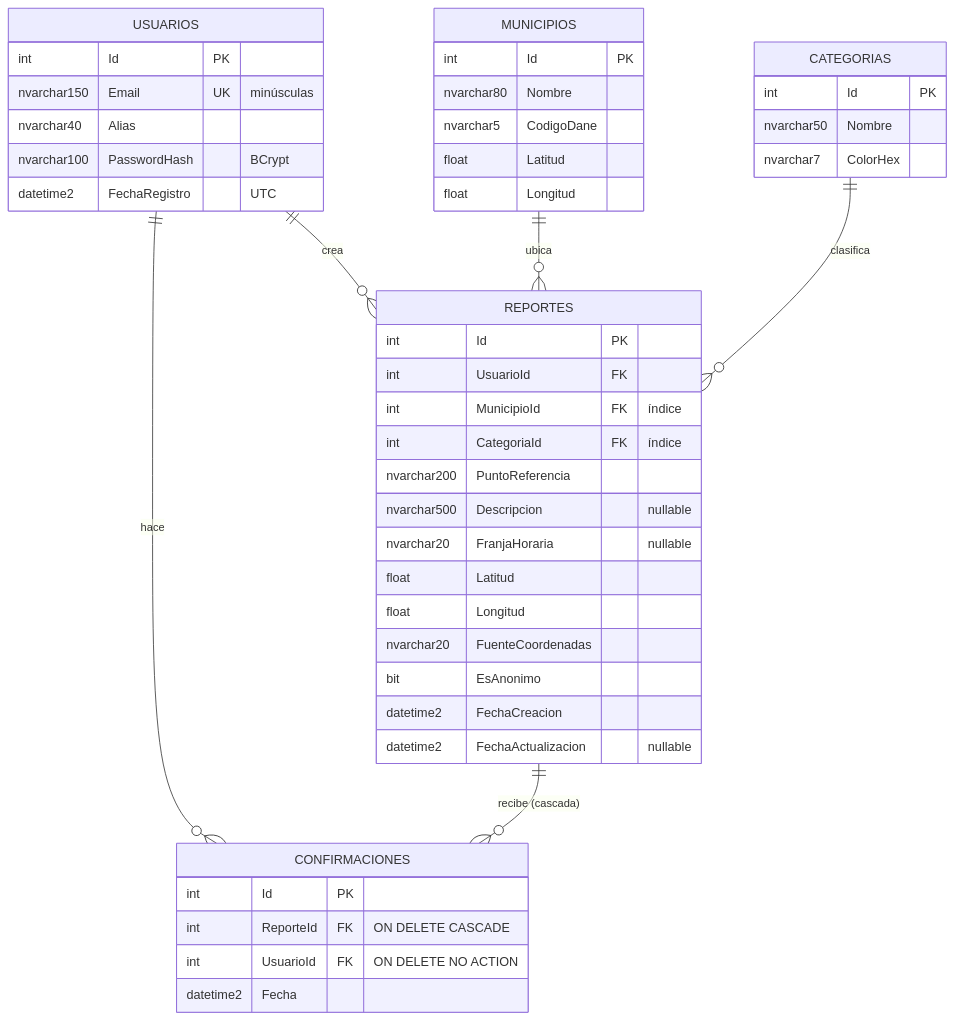
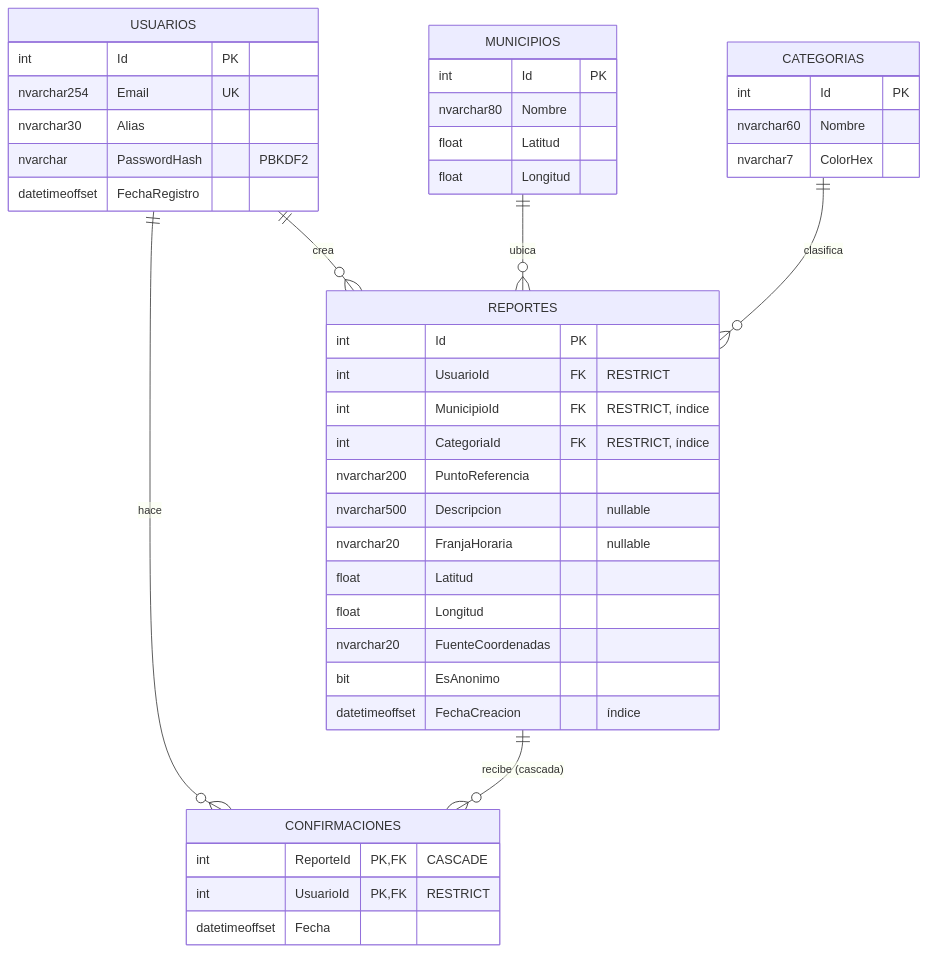
Diagram 12 of 12 in docs/02-diagramas-uml.md (sergionieto1604/caminoSeguro), drawn with Mermaid before and after one commit. The commit also changed other lines of this file and 26 other files, not shown here.

Commit message:
Docs v1.1 alineados con el back real (.NET 8, PBKDF2, 6 categorias), Word en docs/entregables y alias 3-30

````diff
--- a/docs/02-diagramas-uml.md
+++ b/docs/02-diagramas-uml.md
@@ -641,49 +646,46 @@
 ```mermaid
 erDiagram
     USUARIOS ||--o{ REPORTES : "crea"
     USUARIOS ||--o{ CONFIRMACIONES : "hace"
     REPORTES ||--o{ CONFIRMACIONES : "recibe (cascada)"
     MUNICIPIOS ||--o{ REPORTES : "ubica"
     CATEGORIAS ||--o{ REPORTES : "clasifica"
 
     USUARIOS {
         int Id PK
-        nvarchar150 Email UK "minúsculas"
-        nvarchar40 Alias
-        nvarchar100 PasswordHash "BCrypt"
-        datetime2 FechaRegistro "UTC"
+        nvarchar254 Email UK
+        nvarchar30 Alias
+        nvarchar PasswordHash "PBKDF2"
+        datetimeoffset FechaRegistro
     }
     MUNICIPIOS {
         int Id PK
         nvarchar80 Nombre
-        nvarchar5 CodigoDane
         float Latitud
         float Longitud
     }
     CATEGORIAS {
         int Id PK
-        nvarchar50 Nombre
+        nvarchar60 Nombre
         nvarchar7 ColorHex
     }
     REPORTES {
         int Id PK
-        int UsuarioId FK
-        int MunicipioId FK "índice"
-        int CategoriaId FK "índice"
+        int UsuarioId FK "RESTRICT"
+        int MunicipioId FK "RESTRICT, índice"
+        int CategoriaId FK "RESTRICT, índice"
         nvarchar200 PuntoReferencia
         nvarchar500 Descripcion "nullable"
         nvarchar20 FranjaHoraria "nullable"
         float Latitud
         float Longitud
         nvarchar20 FuenteCoordenadas
         bit EsAnonimo
-        datetime2 FechaCreacion
-        datetime2 FechaActualizacion "nullable"
+        datetimeoffset FechaCreacion "índice"
     }
     CONFIRMACIONES {
-        int Id PK
-        int ReporteId FK "ON DELETE CASCADE"
-        int UsuarioId FK "ON DELETE NO ACTION"
-        datetime2 Fecha
+        int ReporteId PK, FK "CASCADE"
+        int UsuarioId PK, FK "RESTRICT"
+        datetimeoffset Fecha
     }
 ```
````
